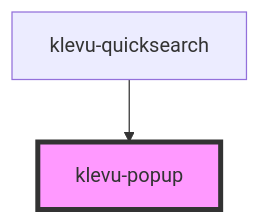
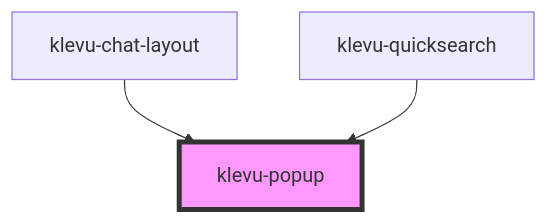
One commit to klevultd/frontend-sdk changed the diagram in packages/klevu-ui/src/components/klevu-popup/readme.md. Above: the diagram before and after it, drawn with Mermaid. The commit also changed other lines of this file and 20 other files, not shown here.

Commit message:
chat bubble and layout components

````diff
--- a/packages/klevu-ui/src/components/klevu-popup/readme.md
+++ b/packages/klevu-ui/src/components/klevu-popup/readme.md
@@ -67,5 +68,6 @@
 ```mermaid
 graph TD;
+  klevu-chat-layout --> klevu-popup
   klevu-quicksearch --> klevu-popup
   style klevu-popup fill:#f9f,stroke:#333,stroke-width:4px
 ```
````
